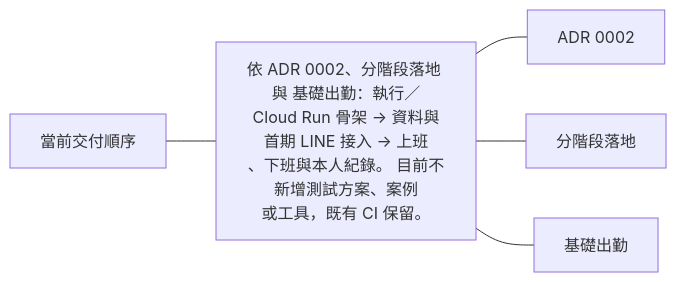
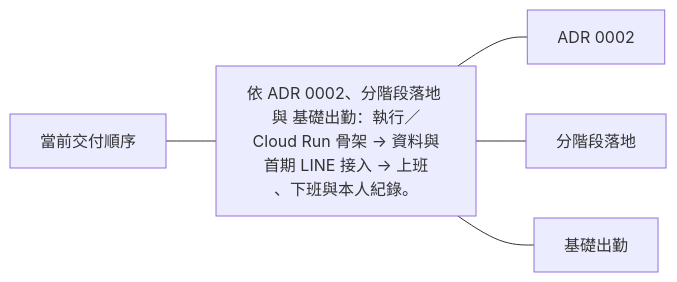
One commit to 963sup/line-mini-app-bot changed the seventh of 11 diagrams in docs/proposals/platform/delivery.md. Above: the diagram before and after it, drawn with Mermaid. The commit also changed other lines of this file and 15 other files, not shown here.

````diff
--- a/docs/proposals/platform/delivery.md
+++ b/docs/proposals/platform/delivery.md
@@ -63,11 +63,11 @@
 ```mermaid
 flowchart LR
   h["當前交付順序"]
-  h --- n0["依 ADR 0002、分階段落地 與 基礎出勤：執行／<br/>Cloud Run 骨架 → 資料與首期 LINE 接入 → 上班<br/>、下班與本人紀錄。 目前不新增測試方案、案例<br/>或工具，既有 CI 保留。"]
+  h --- n0["依 ADR 0002、分階段落地 與 基礎出勤：執行／<br/>Cloud Run 骨架 → 資料與首期 LINE 接入 → 上班<br/>、下班與本人紀錄。"]
   n0 --- n0l0["ADR 0002"]
   click n0l0 "../../decisions/0002-baseline.md"
   n0 --- n0l1["分階段落地"]
   click n0l1 "../../guides/local-development/environment-verification.md"
   n0 --- n0l2["基礎出勤"]
   click n0l2 "../../domains/attendance/README.md"
 ```
````
